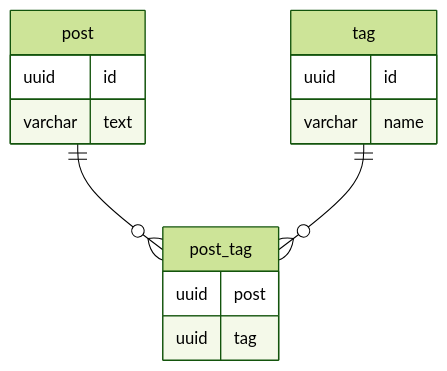
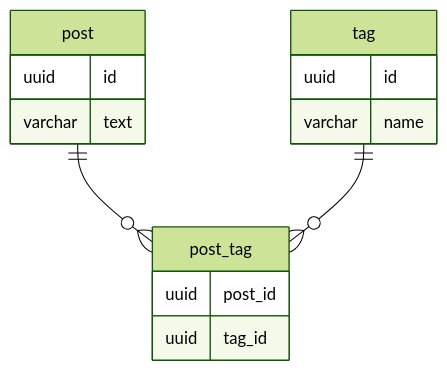
Before and after one commit to nyuusen/praha-challenge: the diagram in sql-anti-pattern/1/README.md, drawn with Mermaid (forest theme). The commit also changed 1 other file, not shown here.

Commit message:
fix: FKを修正

````diff
--- a/sql-anti-pattern/1/README.md
+++ b/sql-anti-pattern/1/README.md
@@ -20,21 +20,21 @@
 ```mermaid
 erDiagram
 post ||--o{ post_tag: ""
 tag ||--o{ post_tag: ""
 
 post {
   uuid id
   varchar text
 }
 
 tag {
   uuid id
   varchar name
 }
 
 post_tag {
-  uuid post
-  uuid tag
+  uuid post_id
+  uuid tag_id
 }
 
 ```
````
